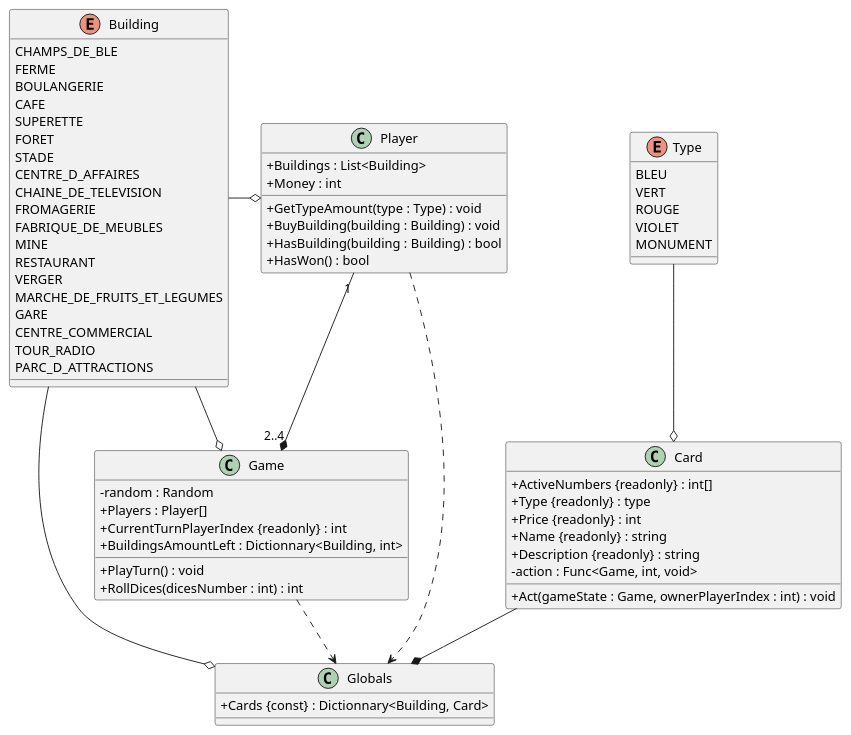
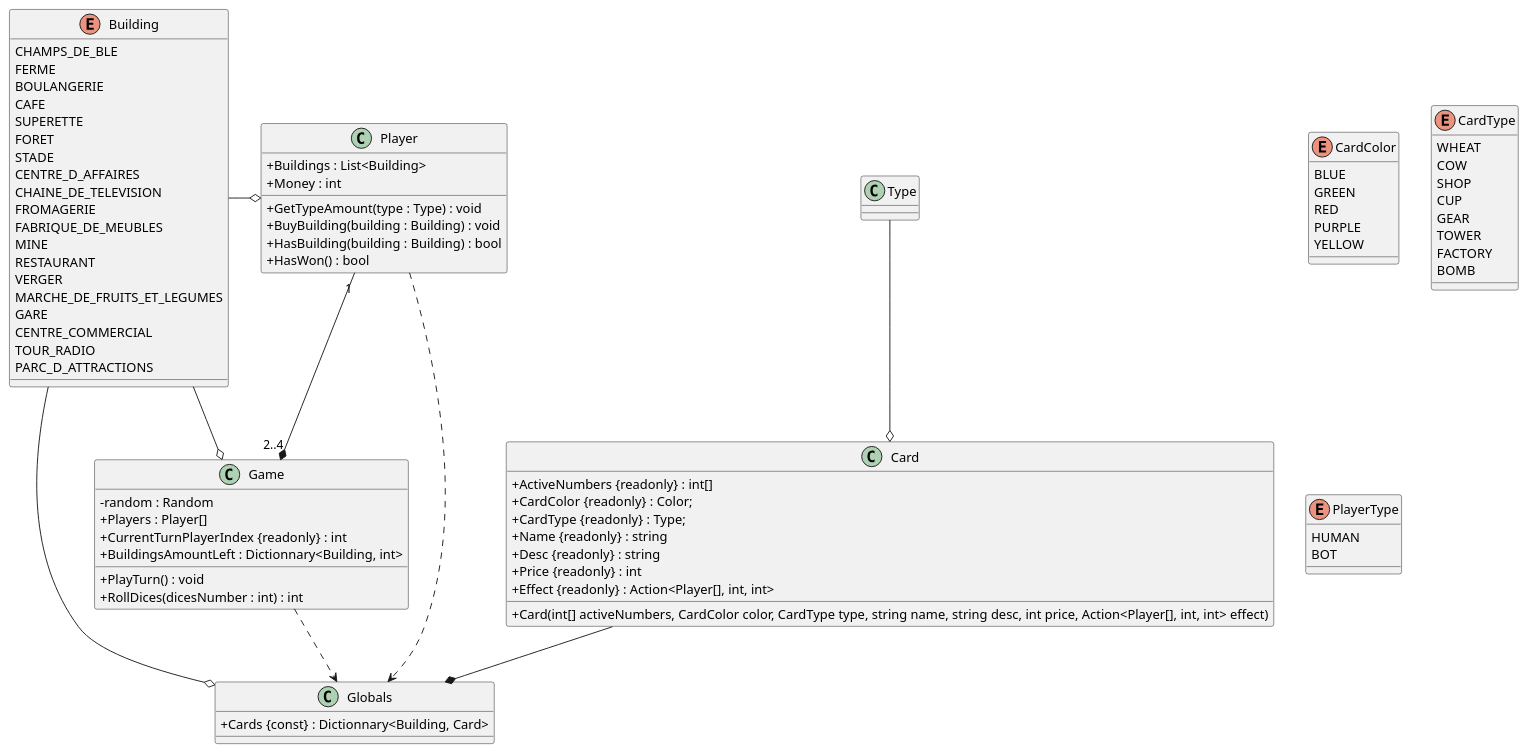
One commit to ValetNoir/Miniville changed the diagram in miniville.puml. Above: the diagram before and after it, drawn with PlantUML. The commit also changed 2 other files, not shown here.

Commit message:
Added human interface + started modifiying effect generator with new AskIndex

```diff
--- a/miniville.puml
+++ b/miniville.puml
@@ -1,74 +1,95 @@
 @startuml Miniville
 skinparam classAttributeIconSize 0
 
-enum Type{
-  BLEU
-  VERT
-  ROUGE
-  VIOLET
-  MONUMENT
+enum CardColor
+{
+    BLUE
+    GREEN
+    RED
+    PURPLE
+    YELLOW
+}
+
+enum CardType
+{
+    WHEAT
+    COW
+    SHOP
+    CUP
+    GEAR
+    TOWER
+    FACTORY
+    BOMB
+}
+
+enum PlayerType
+{
+    HUMAN
+    BOT
 }
 
 class Card {
-  + ActiveNumbers {readonly} : int[]
-  + Type {readonly} : type
-  + Price {readonly} : int 
-  + Name {readonly} : string
-  + Description {readonly} : string
-  - action : Func<Game, int, void>
-  + Act(gameState : Game, ownerPlayerIndex : int) : void
+    + ActiveNumbers {readonly} : int[]
+    + CardColor {readonly} : Color;
+    + CardType {readonly} : Type;
+    + Name {readonly} : string
+    + Desc {readonly} : string
+    + Price {readonly} : int
+    + Effect {readonly} : Action<Player[], int, int>
+        
+    + Card(int[] activeNumbers, CardColor color, CardType type, string name, string desc, int price, Action<Player[], int, int> effect)
 }
 
 static class Globals {
   + Cards {const} : Dictionnary<Building, Card>
 }
 
 enum Building {
   CHAMPS_DE_BLE
   FERME
   BOULANGERIE
   CAFE
   SUPERETTE
   FORET
   STADE
   CENTRE_D_AFFAIRES
   CHAINE_DE_TELEVISION
   FROMAGERIE
   FABRIQUE_DE_MEUBLES
   MINE
   RESTAURANT
   VERGER
   MARCHE_DE_FRUITS_ET_LEGUMES
   GARE
   CENTRE_COMMERCIAL
   TOUR_RADIO
   PARC_D_ATTRACTIONS
 }
 
 class Game {
   - random : Random
   + Players : Player[]
   + CurrentTurnPlayerIndex {readonly} : int
   + BuildingsAmountLeft : Dictionnary<Building, int>
   + PlayTurn() : void
   + RollDices(dicesNumber : int) : int
 }
 
 class Player {
   + Buildings : List<Building>
   + Money : int
   + GetTypeAmount(type : Type) : void
   + BuyBuilding(building : Building) : void
   + HasBuilding(building : Building) : bool
   + HasWon() : bool
 }
 
 Type --o Card
 Card --* Globals
 Building --o Globals
 Player -.> Globals
 Game -.> Globals
 Building -o Player
 Building -o Game
 Player "1" --* "2..4" Game
 @enduml
```
